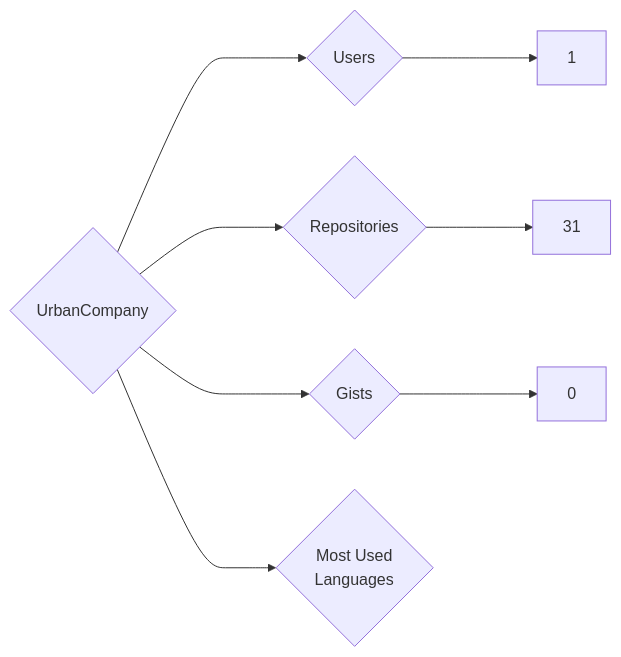
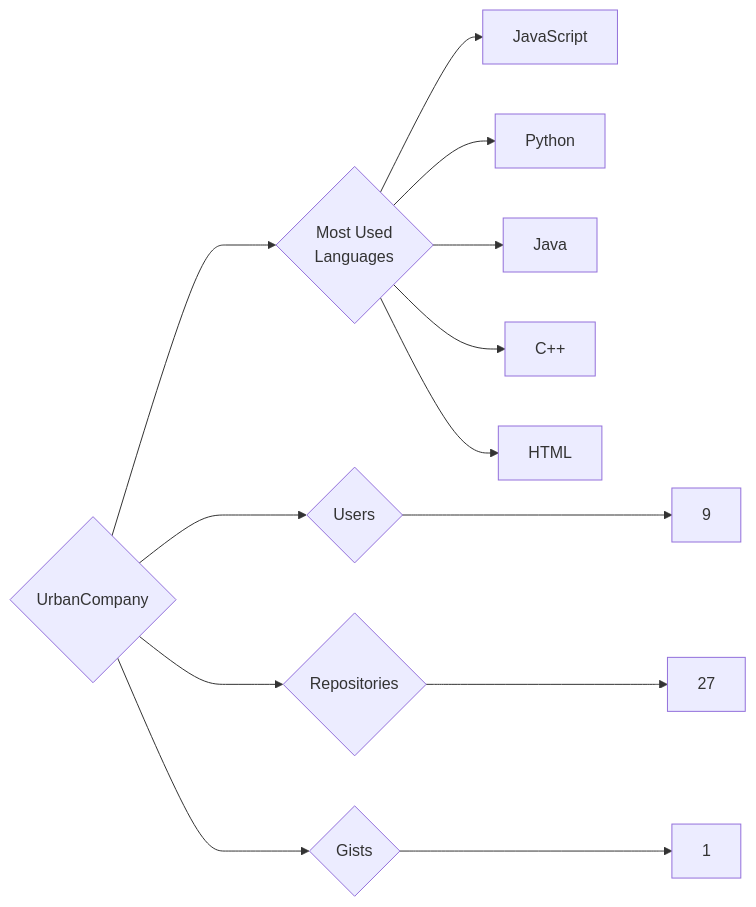
One commit to trickest/insiders changed the diagram in targets/UrbanCompany/README.md. Above: the diagram before and after it, drawn with Mermaid. The commit also changed 1696 other files, not shown here.

````diff
--- a/targets/UrbanCompany/README.md
+++ b/targets/UrbanCompany/README.md
@@ -3,8 +3,13 @@
 ```mermaid
 graph LR
 COMPANY_NAME{UrbanCompany}
-COMPANY_NAME ---> U{Users} ---> UN[1]
-COMPANY_NAME ---> R{Repositories} ---> RN[31]
-COMPANY_NAME ---> G{Gists} ---> GN[0]
+COMPANY_NAME ---> U{Users} ---> UN[9]
+COMPANY_NAME ---> R{Repositories} ---> RN[27]
+COMPANY_NAME ---> G{Gists} ---> GN[1]
 COMPANY_NAME ---> ML{Most Used<br>Languages}
+ML --> JavaScript[JavaScript]
+ML --> Python[Python]
+ML --> Java[Java]
+ML --> C++[C++]
+ML --> HTML[HTML]
 ```
````
